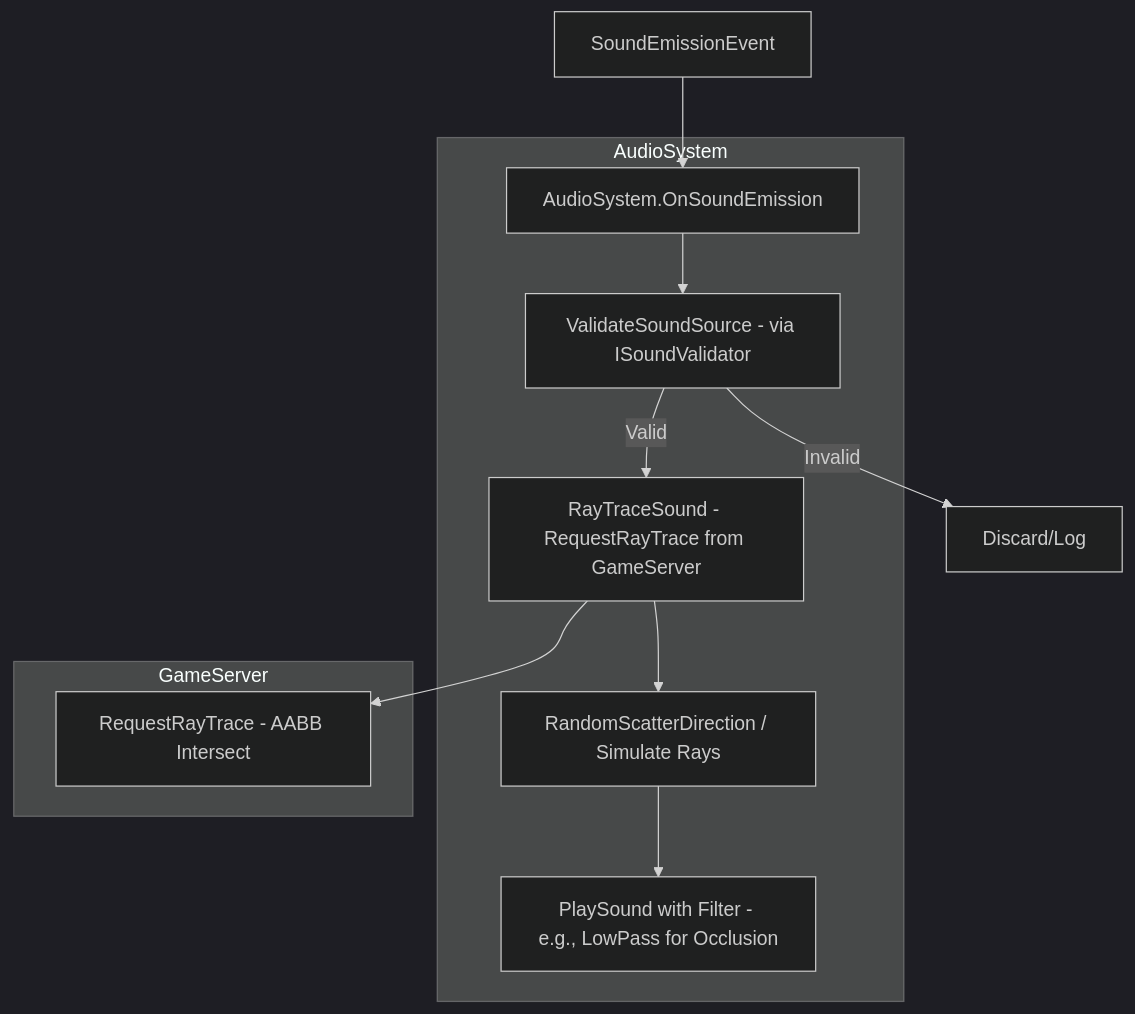
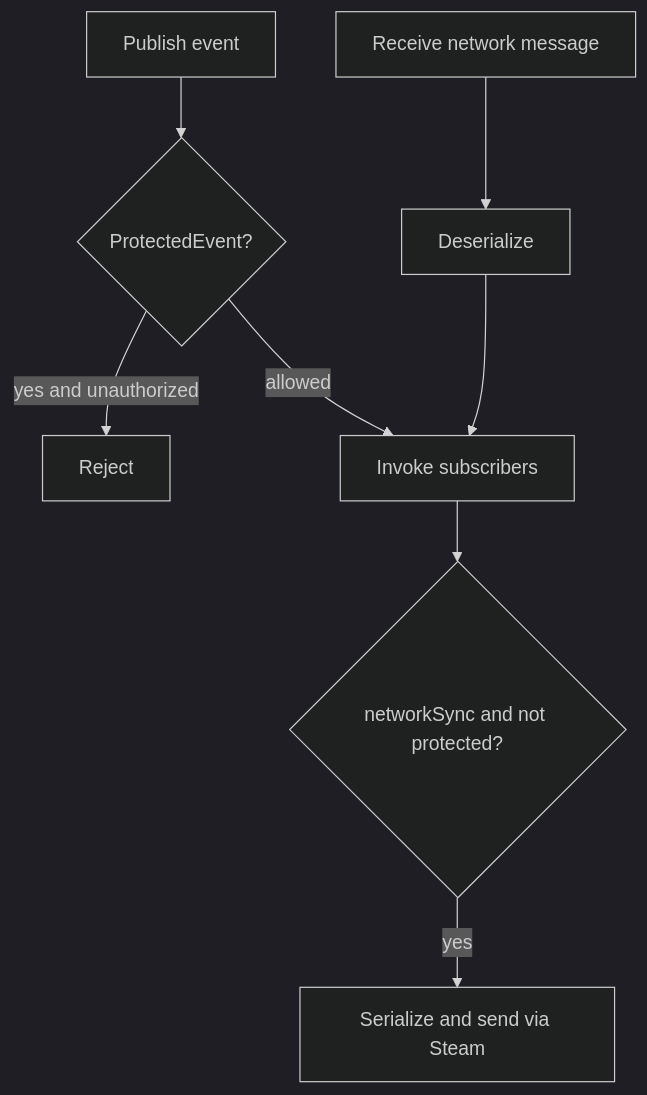
Before and after one commit to ireakhavok/Castle: the fifth of 8 diagrams in README.md, drawn with Mermaid. The commit also changed other lines of this file and 6 other files, not shown here.

````diff
--- a/README.md
+++ b/README.md
@@ -580,20 +268,11 @@
 ```mermaid
 %%{init: {'theme':'dark'}}%%
 flowchart TD
-    A[SoundEmissionEvent] --> B[AudioSystem.OnSoundEmission]
-    B --> C[ValidateSoundSource - via ISoundValidator]
-    C -->|Valid| D[RayTraceSound - RequestRayTrace from GameServer]
-    D --> E[RandomScatterDirection / Simulate Rays]
-    E --> F[PlaySound with Filter - e.g., LowPass for Occlusion]
-    C -->|Invalid| G[Discard/Log]
-    subgraph AudioSystem
-    B
-    C
-    D
-    E
-    F
-    end
-    subgraph GameServer
-    D --> H[RequestRayTrace - AABB Intersect]
-    end
+  A[Publish event] --> B{ProtectedEvent?}
+  B -->|yes and unauthorized| C[Reject]
+  B -->|allowed| D[Invoke subscribers]
+  D --> E{networkSync and not protected?}
+  E -->|yes| F[Serialize and send via Steam]
+  G[Receive network message] --> H[Deserialize]
+  H --> D
 ```
````
